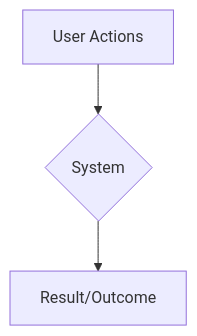
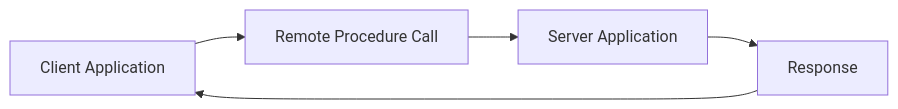
The third of 13 diagrams in software_architecture_large_scale_systems.md (ulises-jimenez07/learning_notes), drawn with Mermaid before and after one commit. The commit also changed other lines of this file, not shown here.

````diff
--- a/software_architecture_large_scale_systems.md
+++ b/software_architecture_large_scale_systems.md
@@ -27,5 +173,7 @@
 ```mermaid
-graph TD
-    A[User Actions] --> B{System};
-    B --> C[Result/Outcome];
+graph LR
+    A[Client Application] --> B[Remote Procedure Call];
+    B --> C[Server Application];
+    C --> D[Response];
+    D --> A;
 ```
````
